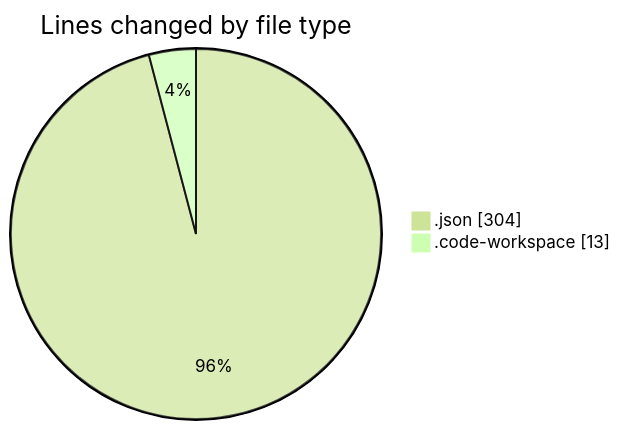
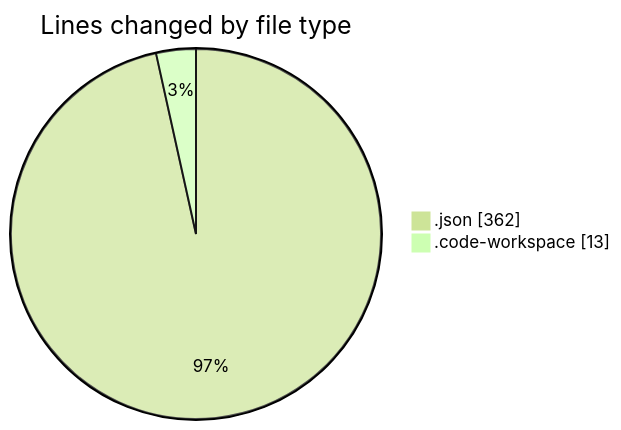
One commit to jadenblack/code-tracking changed the first of 2 diagrams in 2026-02-25/_monorepo-template__workspace_/README.md. Above: the diagram before and after it, drawn with Mermaid (forest theme). The commit also changed other lines of this file and 1 other file, not shown here.

````diff
--- a/2026-02-25/_monorepo-template__workspace_/README.md
+++ b/2026-02-25/_monorepo-template__workspace_/README.md
@@ -22,6 +23,6 @@
 ```mermaid
 pie showData
 title Lines changed by file type
-".json" : 304
+".json" : 362
 ".code-workspace" : 13
 ```
````
